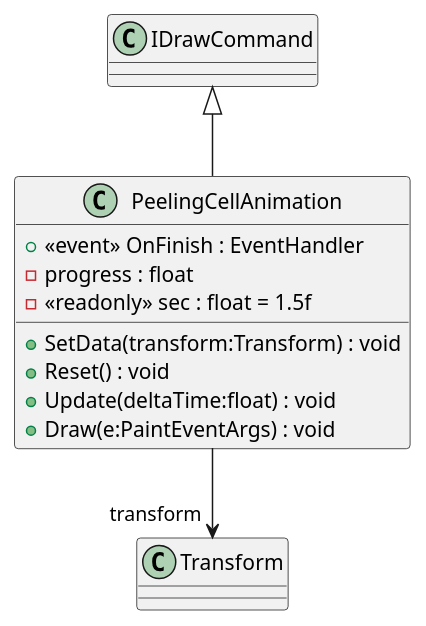
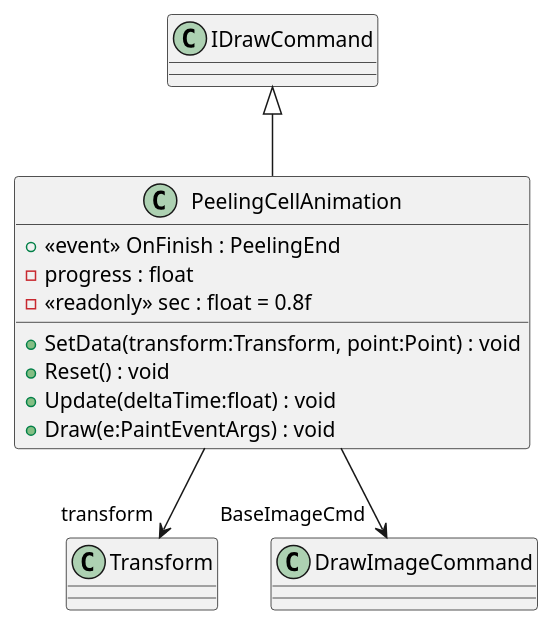
Before and after one commit to Reroll-inc/sweeper-rpg: the diagram in uml/SweeperRpg/Src/Animations/PeelingCellAnimation.puml, drawn with PlantUML. The commit also changed 31 other files, not shown here.

Commit message:
add workflow to publish and update uml

```diff
--- a/uml/SweeperRpg/Src/Animations/PeelingCellAnimation.puml
+++ b/uml/SweeperRpg/Src/Animations/PeelingCellAnimation.puml
@@ -1,11 +1,12 @@
 class PeelingCellAnimation {
-    +  <<event>> OnFinish : EventHandler 
+    +  <<event>> OnFinish : PeelingEnd 
     - progress : float
-    - <<readonly>> sec : float = 1.5f
-    + SetData(transform:Transform) : void
+    - <<readonly>> sec : float = 0.8f
+    + SetData(transform:Transform, point:Point) : void
     + Reset() : void
     + Update(deltaTime:float) : void
     + Draw(e:PaintEventArgs) : void
 }
 IDrawCommand <|-- PeelingCellAnimation
 PeelingCellAnimation --> "transform" Transform
+PeelingCellAnimation --> "BaseImageCmd" DrawImageCommand
```
